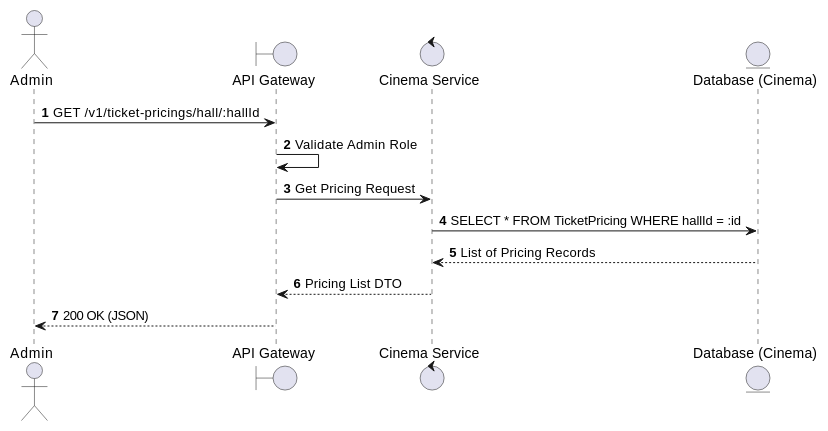
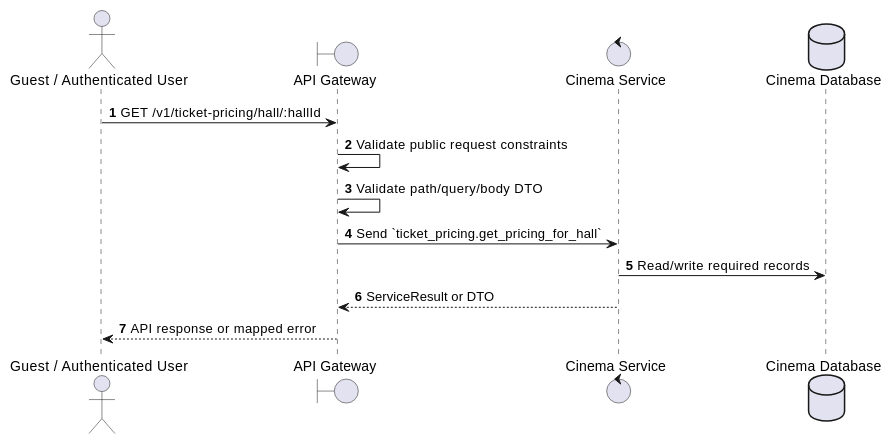
One commit to Tanh1603/movie-hub-architecture changed the first of 2 diagrams in docs/functional_specs/3.2.3_Ticket_Pricing_Management/TP-01_Get_Pricing_for_Hall.md. Above: the diagram before and after it, drawn with PlantUML. The commit also changed other lines of this file and 126 other files, not shown here.

````diff
--- a/docs/functional_specs/3.2.3_Ticket_Pricing_Management/TP-01_Get_Pricing_for_Hall.md
+++ b/docs/functional_specs/3.2.3_Ticket_Pricing_Management/TP-01_Get_Pricing_for_Hall.md
@@ -17,17 +17,17 @@
 ```plantuml
 @startuml
 autonumber
-actor Admin
+actor "Guest / Authenticated User" as Actor
 boundary "API Gateway" as GW
-control "Cinema Service" as CS
-entity "Database (Cinema)" as DB
+control "Cinema Service" as SVC
+database "Cinema Database" as DB
 
-Admin -> GW: GET /v1/ticket-pricings/hall/:hallId
-GW -> GW: Validate Admin Role
-GW -> CS: Get Pricing Request
-CS -> DB: SELECT * FROM TicketPricing WHERE hallId = :id
-DB --> CS: List of Pricing Records
-CS --> GW: Pricing List DTO
-GW --> Admin: 200 OK (JSON)
+Actor -> GW: GET /v1/ticket-pricing/hall/:hallId
+GW -> GW: Validate public request constraints
+GW -> GW: Validate path/query/body DTO
+GW -> SVC: Send `ticket_pricing.get_pricing_for_hall`
+SVC -> DB: Read/write required records
+SVC --> GW: ServiceResult or DTO
+GW --> Actor: API response or mapped error
 @enduml
 ```
````
